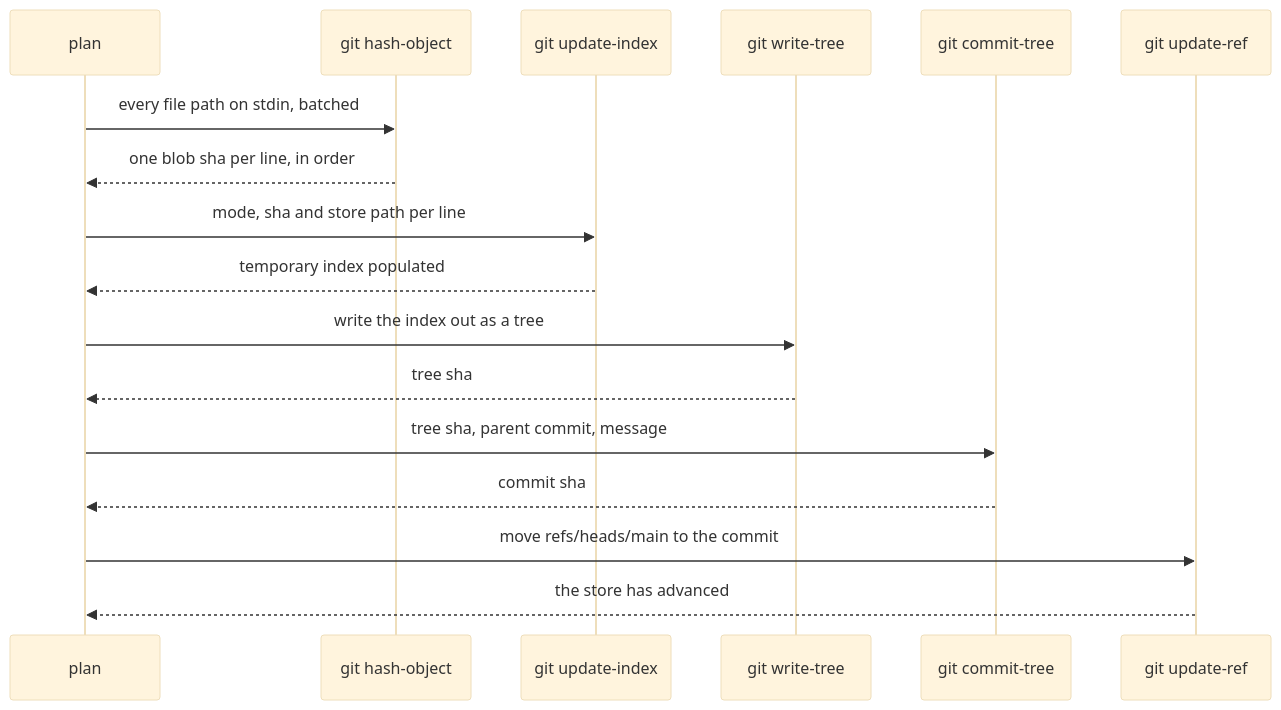
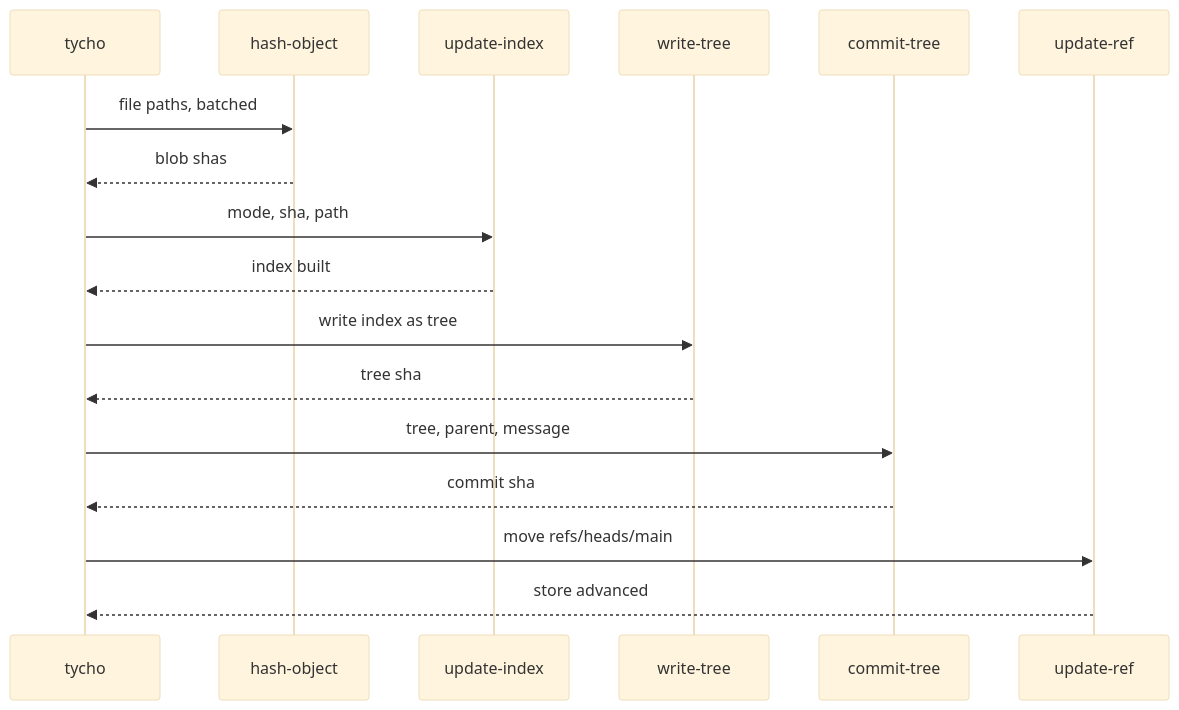
Before and after one commit to CoreEngineX/tycho: the first of 2 diagrams in docs/architecture/store.md, drawn with Mermaid (base theme). The commit also changed other lines of this file and 6 other files, not shown here.

First line of the commit message:
Make the diagrams readable

````diff
--- a/docs/architecture/store.md
+++ b/docs/architecture/store.md
@@ -83,19 +83,19 @@
 ```mermaid
 sequenceDiagram
-  participant P as plan
-  participant H as git hash-object
-  participant I as git update-index
-  participant T as git write-tree
-  participant C as git commit-tree
-  participant R as git update-ref
-  P->>H: every file path on stdin, batched
-  H-->>P: one blob sha per line, in order
-  P->>I: mode, sha and store path per line
-  I-->>P: temporary index populated
-  P->>T: write the index out as a tree
-  T-->>P: tree sha
-  P->>C: tree sha, parent commit, message
+  participant P as tycho
+  participant H as hash-object
+  participant I as update-index
+  participant W as write-tree
+  participant C as commit-tree
+  participant R as update-ref
+  P->>H: file paths, batched
+  H-->>P: blob shas
+  P->>I: mode, sha, path
+  I-->>P: index built
+  P->>W: write index as tree
+  W-->>P: tree sha
+  P->>C: tree, parent, message
   C-->>P: commit sha
-  P->>R: move refs/heads/main to the commit
-  R-->>P: the store has advanced
+  P->>R: move refs/heads/main
+  R-->>P: store advanced
 ```
````
